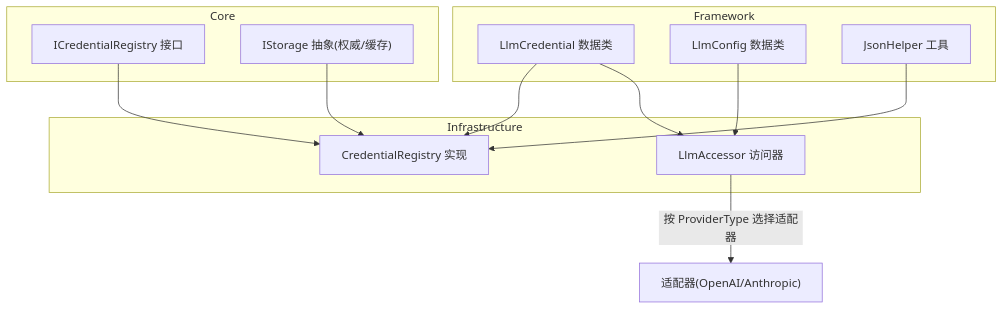
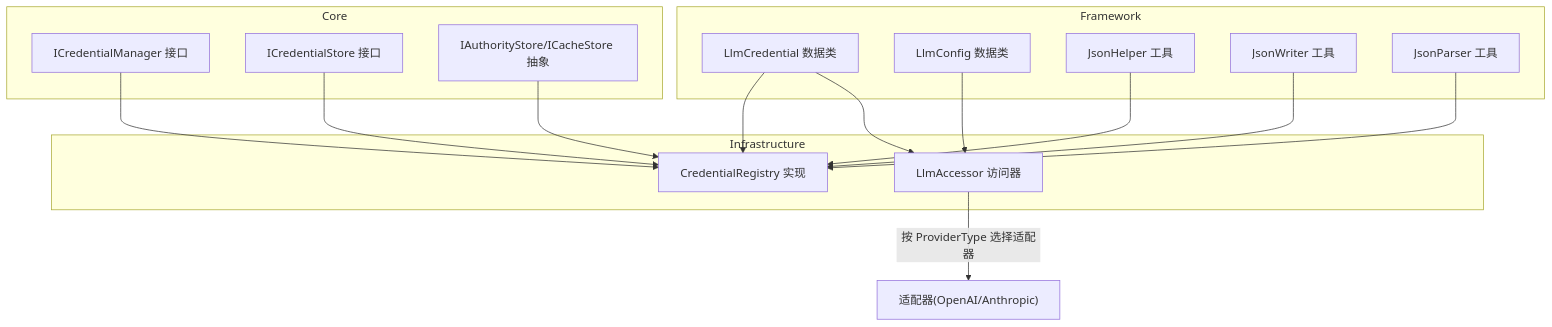
The first of 5 diagrams in .qoder/repowiki/zh/content/基础设施实现/凭证管理.md (suzvka/NPCLife), drawn with Mermaid before and after one commit. The commit also changed other lines of this file and 11 other files, not shown here.

````diff
--- a/.qoder/repowiki/zh/content/基础设施实现/凭证管理.md
+++ b/.qoder/repowiki/zh/content/基础设施实现/凭证管理.md
@@ -41,23 +54,29 @@
 ```mermaid
 graph TB
 subgraph "Core"
-IReg["ICredentialRegistry 接口"]
-IStore["IStorage 抽象(权威/缓存)"]
+ICredMgr["ICredentialManager 接口"]
+ICredStore["ICredentialStore 接口"]
+IStore["IAuthorityStore/ICacheStore 抽象"]
 end
 subgraph "Framework"
 LCred["LlmCredential 数据类"]
 LConf["LlmConfig 数据类"]
 JH["JsonHelper 工具"]
+JW["JsonWriter 工具"]
+JP["JsonParser 工具"]
 end
 subgraph "Infrastructure"
 Reg["CredentialRegistry 实现"]
 Acc["LlmAccessor 访问器"]
 end
-IReg --> Reg
+ICredMgr --> Reg
+ICredStore --> Reg
 LCred --> Reg
 LCred --> Acc
 LConf --> Acc
 JH --> Reg
+JW --> Reg
+JP --> Reg
 IStore --> Reg
 Acc --> |"按 ProviderType 选择适配器"| InfraAdapters["适配器(OpenAI/Anthropic)"]
 ```
````
